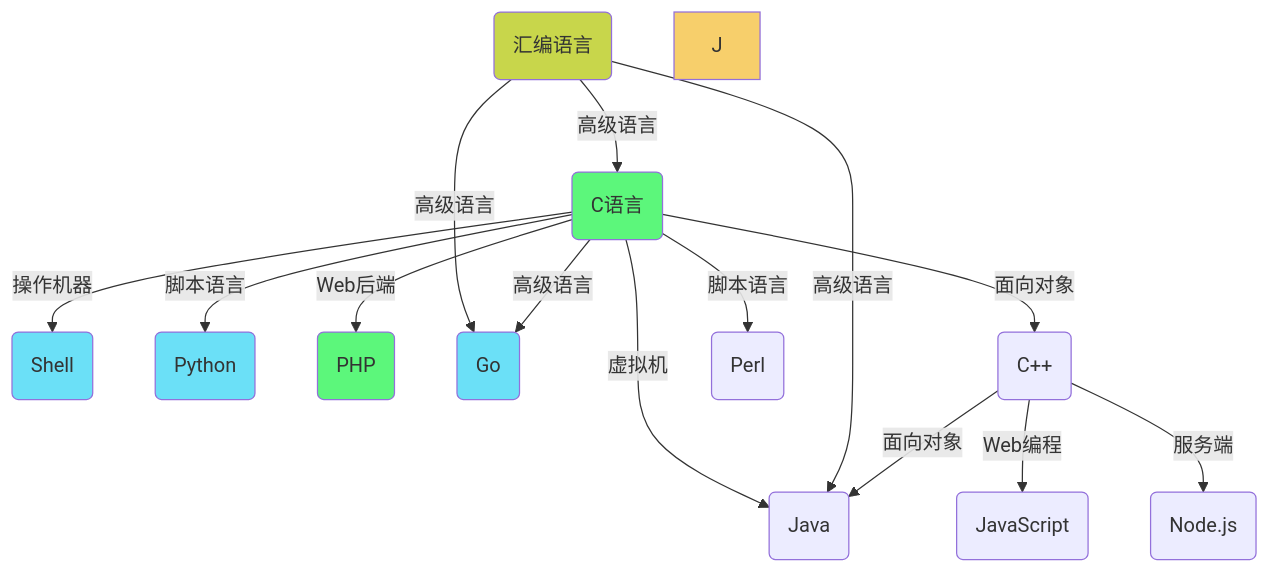
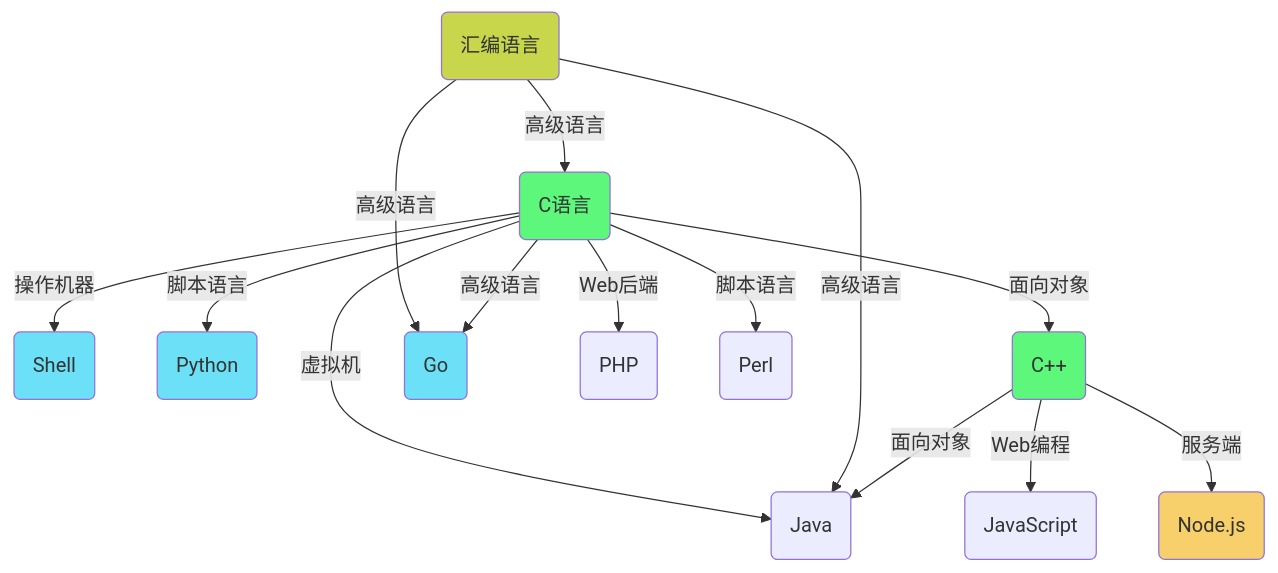
One commit to Gaohaoyang/gaohaoyang.github.io changed the diagram in _posts/2010-07-26-computer-history.md. Above: the diagram before and after it, drawn with Mermaid.

Commit message:
更新颜色

```diff
--- a/_posts/2010-07-26-computer-history.md
+++ b/_posts/2010-07-26-computer-history.md
@@ -457,33 +457,34 @@
 <div class="mermaid">
 %% 编程语言演化图
     graph TD
     A(汇编语言):::s
     classDef s fill:#f02;
     style A fill:#C8D64B;
     style B fill:#6BE0F7;
     style C fill:#5CF77B;
     style D fill:#6BE0F7;
-    style H fill:#5CF77B;
+    style F fill:#5CF77B;
+    %%style H fill:#5CF77B;
     style I fill:#6BE0F7;
     style J fill:#F7CF6B;
     A -->|高级语言| C(C语言)
     C -->|操作机器| B(Shell)
     C -->|脚本语言| D(Python)
     C -->|虚拟机| E(Java)
     A -->|高级语言| E(Java)
     C -->|面向对象| F(C++)
     F -->|面向对象| E(Java)
     F -->|Web编程| G(JavaScript)
-    F -->|服务端| K(Node.js)
+    F -->|服务端| J(Node.js)
     C -->|Web后端| H(PHP)
     A -->|高级语言| I(Go)
     C -->|高级语言| I(Go)
-    C -->|脚本语言| L(Perl)
+    C -->|脚本语言| K(Perl)
 
     click B "https://wqw547243068.github.io/linux#shell语言" "shell用法"
     click C "https://wqw547243068.github.io/c#c语言" "c/c++语言"
     click D "https://wqw547243068.github.io/python" "Python语言"
     click F "https://wqw547243068.github.io/c#c" "c/c++语言"
     click G "https://wqw547243068.github.io/web#js" "web开发"
     click I "https://wqw547243068.github.io/go" "go语言"
 </div>
```
